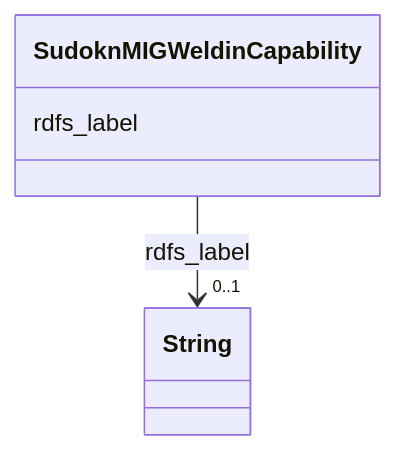
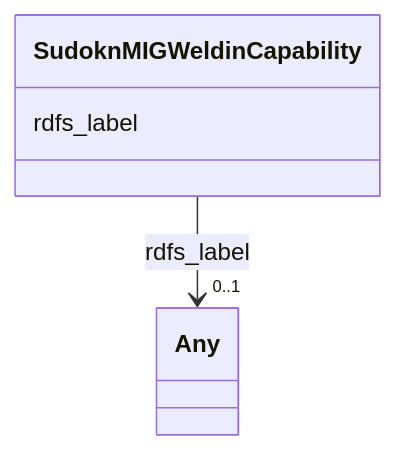
Before and after one commit to frink-okn/graph-descriptions: the diagram in sudokn-kg/classes/SudoknMIGWeldinCapability.md, drawn with Mermaid. The commit also changed other lines of this file and 903 other files, not shown here.

````diff
--- a/sudokn-kg/classes/SudoknMIGWeldinCapability.md
+++ b/sudokn-kg/classes/SudoknMIGWeldinCapability.md
@@ -23,15 +18,15 @@
 ```mermaid
  classDiagram
     class SudoknMIGWeldinCapability
     click SudoknMIGWeldinCapability href "../SudoknMIGWeldinCapability"
       SudoknMIGWeldinCapability : rdfs_label
         
           
     
     
-    SudoknMIGWeldinCapability --> "0..1" String : rdfs_label
-    click String href "../String"
+    SudoknMIGWeldinCapability --> "0..1" Any : rdfs_label
+    click Any href "../Any"
 
         
       
 ```
````
